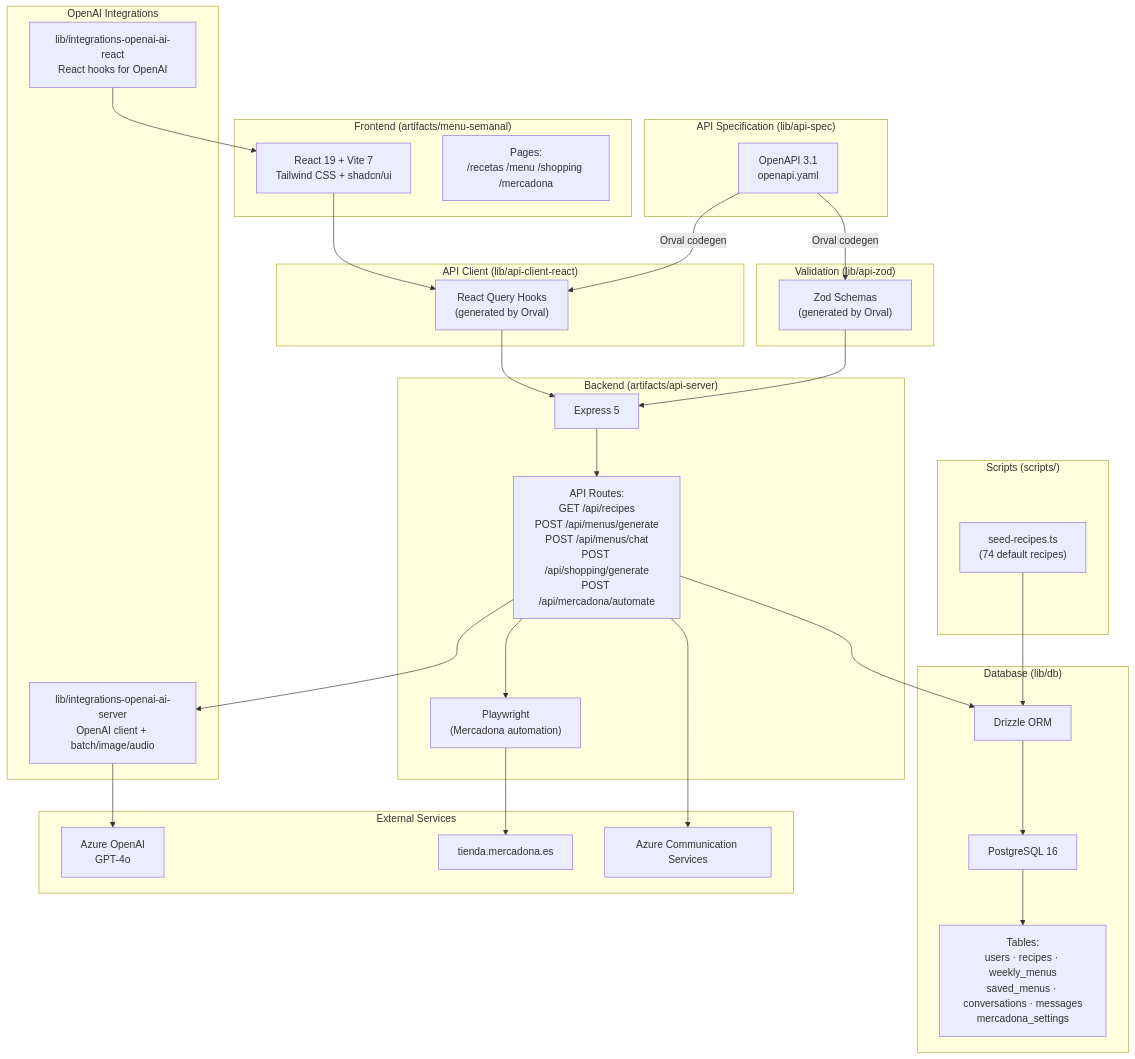
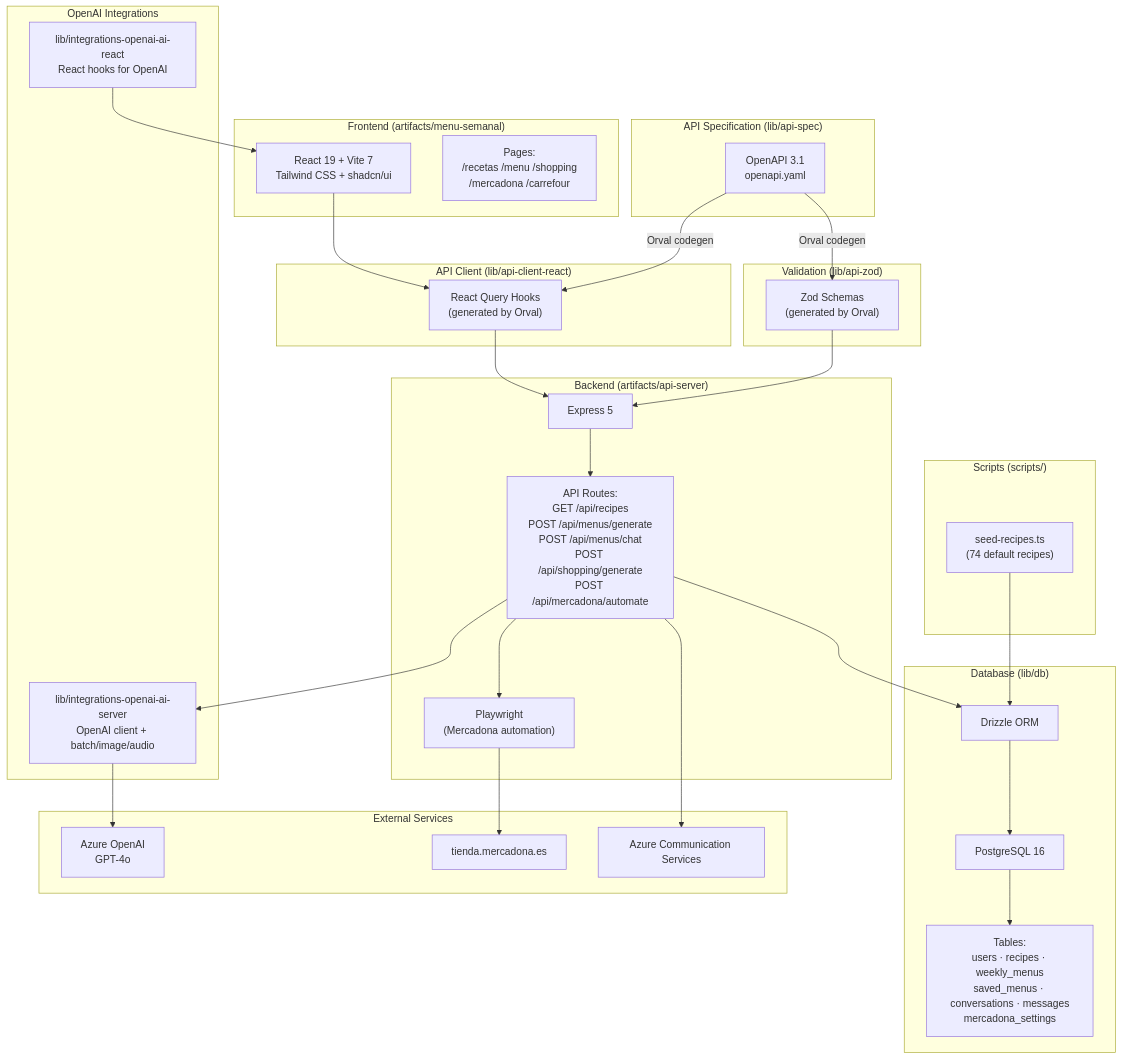
One commit to elenagonzalezblanco/menu-planner changed the diagram in README.md. Above: the diagram before and after it, drawn with Mermaid. The commit also changed other lines of this file and 8 other files, not shown here.

First line of the commit message:
Add Carrefour shopping search alongside Mercadona

````diff
--- a/README.md
+++ b/README.md
@@ -34,63 +34,63 @@
 ```mermaid
 graph TB
     subgraph Frontend["Frontend (artifacts/menu-semanal)"]
         UI["React 19 + Vite 7<br/>Tailwind CSS + shadcn/ui"]
-        Pages["Pages:<br/>/recetas /menu /shopping /mercadona"]
+        Pages["Pages:<br/>/recetas /menu /shopping<br/>/mercadona /carrefour"]
     end
 
     subgraph APIClient["API Client (lib/api-client-react)"]
         Hooks["React Query Hooks<br/>(generated by Orval)"]
     end
 
     subgraph APISpec["API Specification (lib/api-spec)"]
         OpenAPISpec["OpenAPI 3.1<br/>openapi.yaml"]
     end
 
     subgraph APIZod["Validation (lib/api-zod)"]
         Schemas["Zod Schemas<br/>(generated by Orval)"]
     end
 
     subgraph Backend["Backend (artifacts/api-server)"]
         Express["Express 5"]
         Routes["API Routes:<br/>GET /api/recipes<br/>POST /api/menus/generate<br/>POST /api/menus/chat<br/>POST /api/shopping/generate<br/>POST /api/mercadona/automate"]
         PW["Playwright<br/>(Mercadona automation)"]
     end
 
     subgraph OpenAIInteg["OpenAI Integrations"]
         AIServer["lib/integrations-openai-ai-server<br/>OpenAI client + batch/image/audio"]
         AIReact["lib/integrations-openai-ai-react<br/>React hooks for OpenAI"]
     end
 
     subgraph DB["Database (lib/db)"]
         Drizzle["Drizzle ORM"]
         PG["PostgreSQL 16"]
         TablesNode["Tables:<br/>users · recipes · weekly_menus<br/>saved_menus · conversations · messages<br/>mercadona_settings"]
     end
 
     subgraph Scripts["Scripts (scripts/)"]
         Seed["seed-recipes.ts<br/>(74 default recipes)"]
     end
 
     subgraph External["External Services"]
         OpenAISvc["Azure OpenAI<br/>GPT-4o"]
         Mercadona["tienda.mercadona.es"]
         AzureEmail["Azure Communication Services"]
     end
 
     UI --> Hooks
     Hooks --> Express
     OpenAPISpec -->|Orval codegen| Hooks
     OpenAPISpec -->|Orval codegen| Schemas
     Schemas --> Express
     Express --> Routes
     Routes --> Drizzle
     Routes --> AIServer
     AIServer --> OpenAISvc
     Routes --> PW
     PW --> Mercadona
     Drizzle --> PG
     PG --> TablesNode
     Seed --> Drizzle
     AIReact --> UI
     Routes --> AzureEmail
 ```
````
